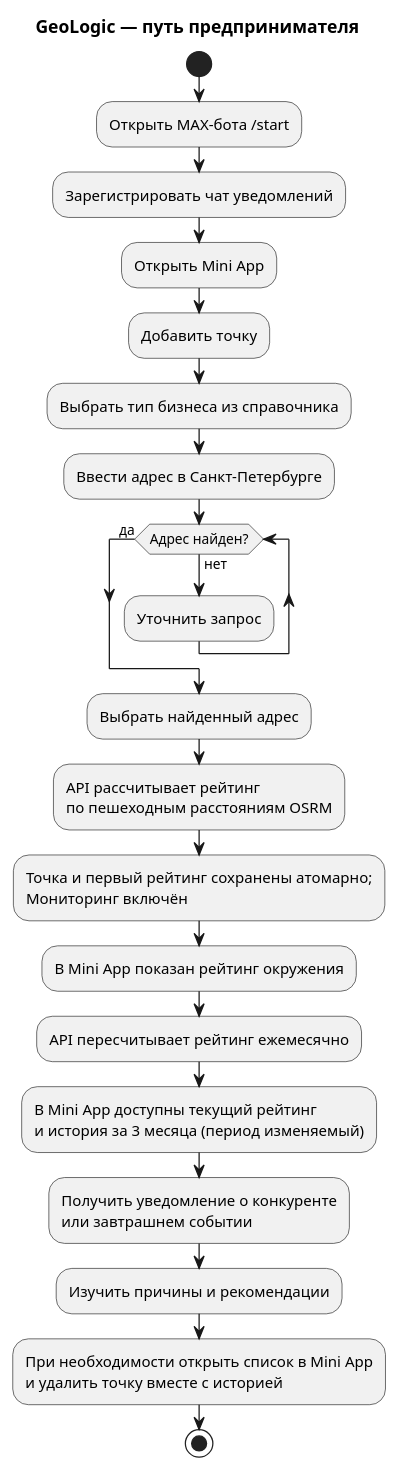
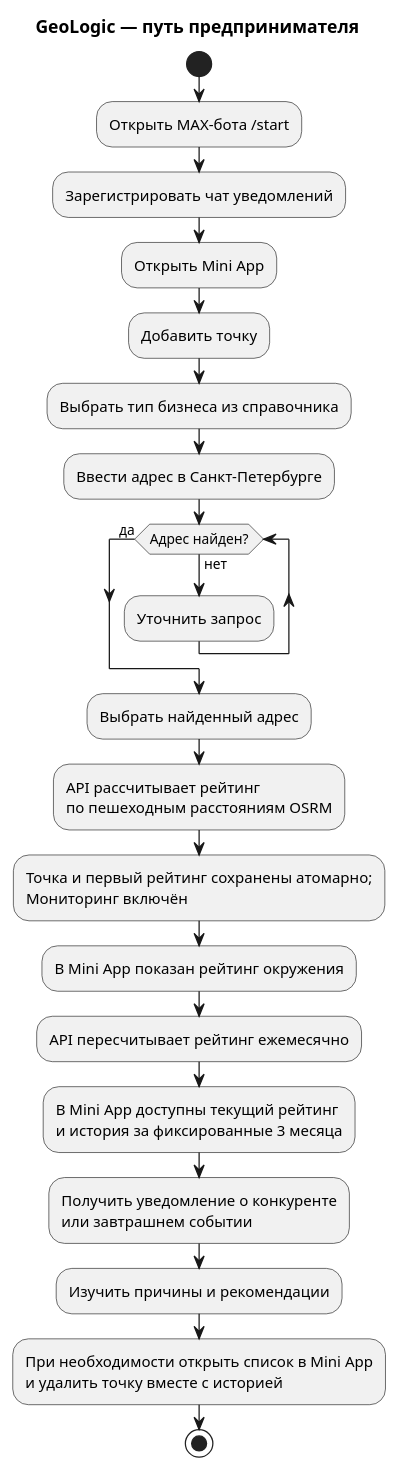
The diagram in docs/diagrams/src/cjm-owner.puml (kotafan1rich/GeoLogic-Monitor), drawn with PlantUML before and after one commit. The commit also changed 20 other files, not shown here.

```diff
--- a/docs/diagrams/src/cjm-owner.puml
+++ b/docs/diagrams/src/cjm-owner.puml
@@ -1,24 +1,24 @@
 @startuml cjm-owner
 title GeoLogic — путь предпринимателя
 skinparam shadowing false
 start
 :Открыть MAX-бота /start;
 :Зарегистрировать чат уведомлений;
 :Открыть Mini App;
 :Добавить точку;
 :Выбрать тип бизнеса из справочника;
 :Ввести адрес в Санкт-Петербурге;
 while (Адрес найден?) is (нет)
  :Уточнить запрос;
 endwhile (да)
 :Выбрать найденный адрес;
 :API рассчитывает рейтинг\nпо пешеходным расстояниям OSRM;
 :Точка и первый рейтинг сохранены атомарно;\nМониторинг включён;
 :В Mini App показан рейтинг окружения;
 :API пересчитывает рейтинг ежемесячно;
-:В Mini App доступны текущий рейтинг\nи история за 3 месяца (период изменяемый);
+:В Mini App доступны текущий рейтинг\nи история за фиксированные 3 месяца;
 :Получить уведомление о конкуренте\nили завтрашнем событии;
 :Изучить причины и рекомендации;
 :При необходимости открыть список в Mini App\nи удалить точку вместе с историей;
 stop
 @enduml
```
